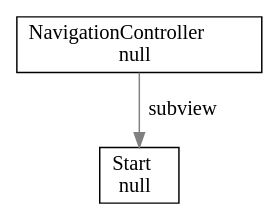
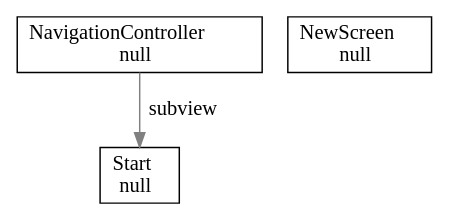
One commit to chausmann/test changed the diagram in MyApp2/doc/callgraph.dot. Above: the diagram before and after it, drawn with Graphviz. The commit also changed 12 other files, not shown here.

```diff
--- a/MyApp2/doc/callgraph.dot
+++ b/MyApp2/doc/callgraph.dot
@@ -1,2 +1,2 @@
 digraph test {NavigationController [shape=box,label=<NavigationController<br/>null>];NavigationController->Start [label="subview",color=grey] 
-;Start [shape=box,label=<Start<br/>null>];}
+;NewScreen [shape=box,label=<NewScreen<br/>null>];Start [shape=box,label=<Start<br/>null>];}
```
